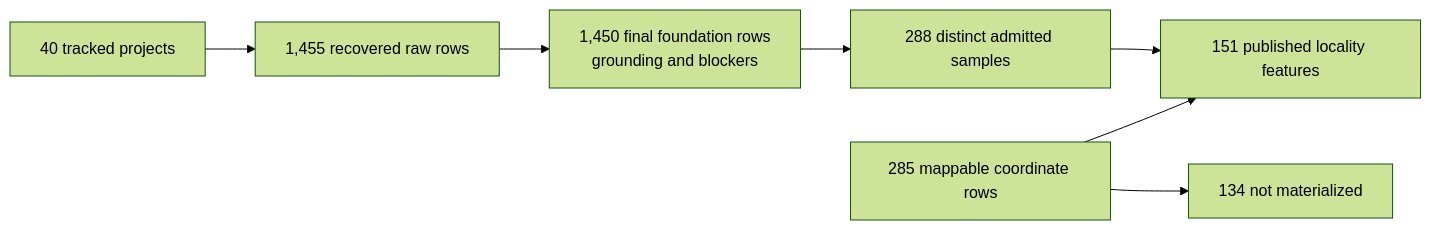
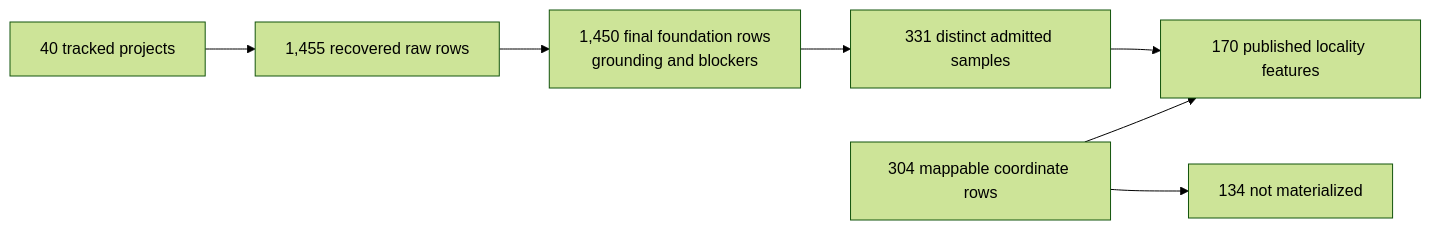
Before and after one commit to bijux/bijux-pollenomics: the third of 8 diagrams in docs/public/pollenomics-data/evidence/index.md, drawn with Mermaid (forest theme). The commit also changed other lines of this file and 23 other files, not shown here.

````diff
--- a/docs/public/pollenomics-data/evidence/index.md
+++ b/docs/public/pollenomics-data/evidence/index.md
@@ -132,9 +132,9 @@
 ```mermaid
 flowchart LR
     Inventory["40 tracked projects"] --> Raw["1,455 recovered raw rows"]
     Raw --> Foundation["1,450 final foundation rows<br/>grounding and blockers"]
-    Foundation --> Samples["288 distinct admitted samples"]
-    Samples --> Product["151 published locality features"]
-    Mappable["285 mappable coordinate rows"] --> Product
+    Foundation --> Samples["331 distinct admitted samples"]
+    Samples --> Product["170 published locality features"]
+    Mappable["304 mappable coordinate rows"] --> Product
     Mappable --> Excluded["134 not materialized"]
 ```
````
